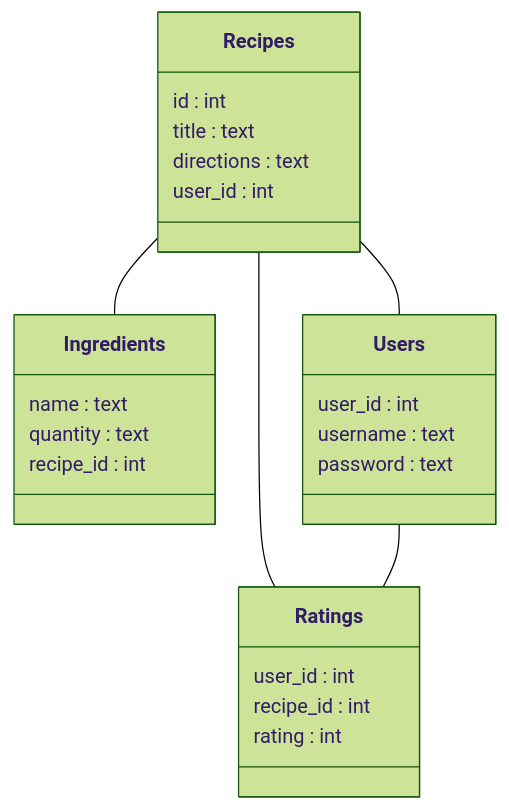
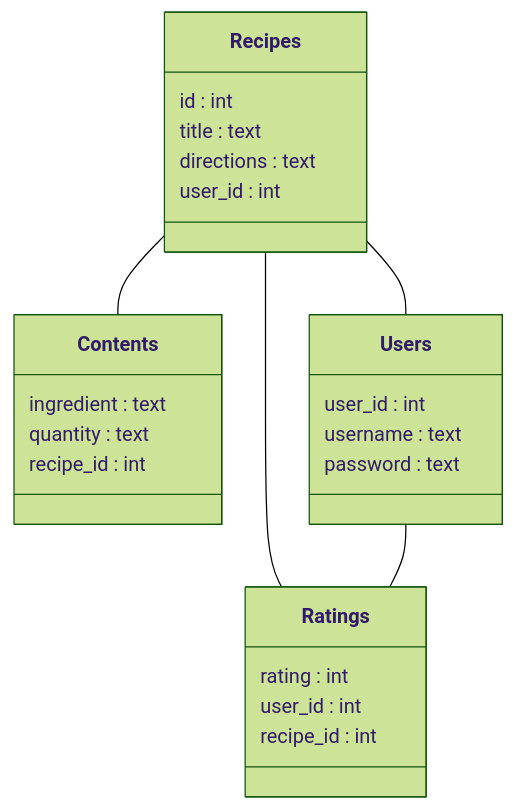
One commit to heliparv/mixological changed the diagram in documentation/database_schema.md. Above: the diagram before and after it, drawn with Mermaid (forest theme). The commit also changed 1 other file, not shown here.

Commit message:
add SQL schema and update documentation

````diff
--- a/documentation/database_schema.md
+++ b/documentation/database_schema.md
@@ -1,28 +1,28 @@
 ```mermaid
 classDiagram
     class Recipes{
         id : int
         title : text
         directions : text
         user_id : int
     } 
-    class Ingredients{
-        name : text
+    class Contents{
+        ingredient : text
         quantity : text
         recipe_id : int
     }
     class Ratings{
+        rating : int
         user_id : int
         recipe_id : int
-        rating : int
     }
     class Users{
         user_id : int
         username : text
         password : text
     }
     Recipes -- Users
-    Recipes -- Ingredients
+    Recipes -- Contents
     Recipes -- Ratings
     Users -- Ratings
 ```
````
